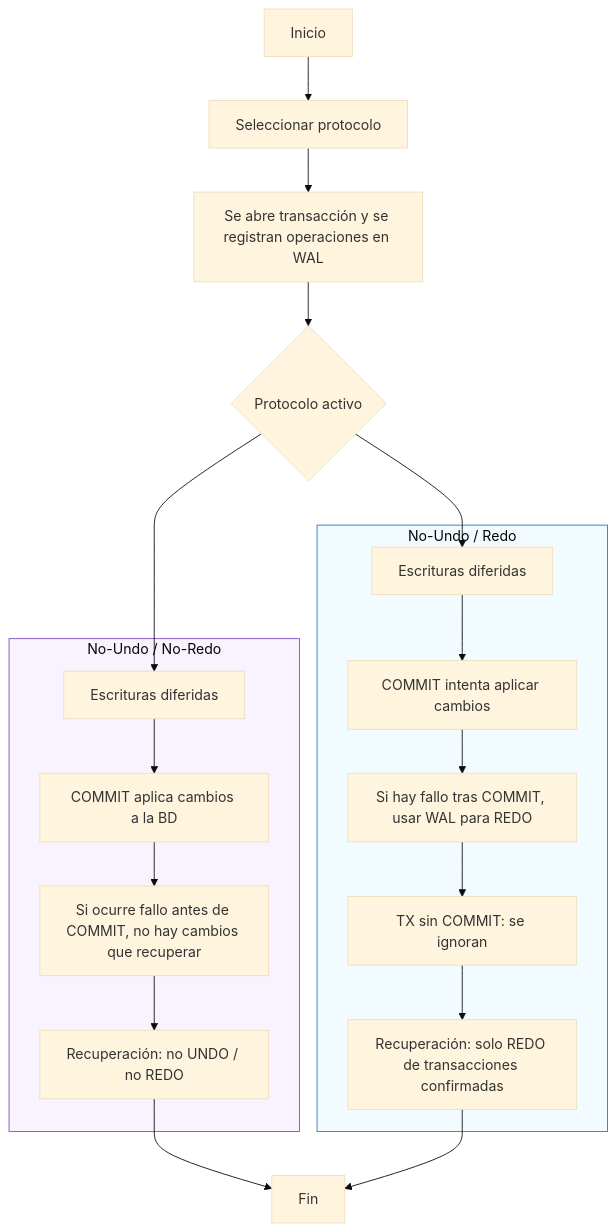
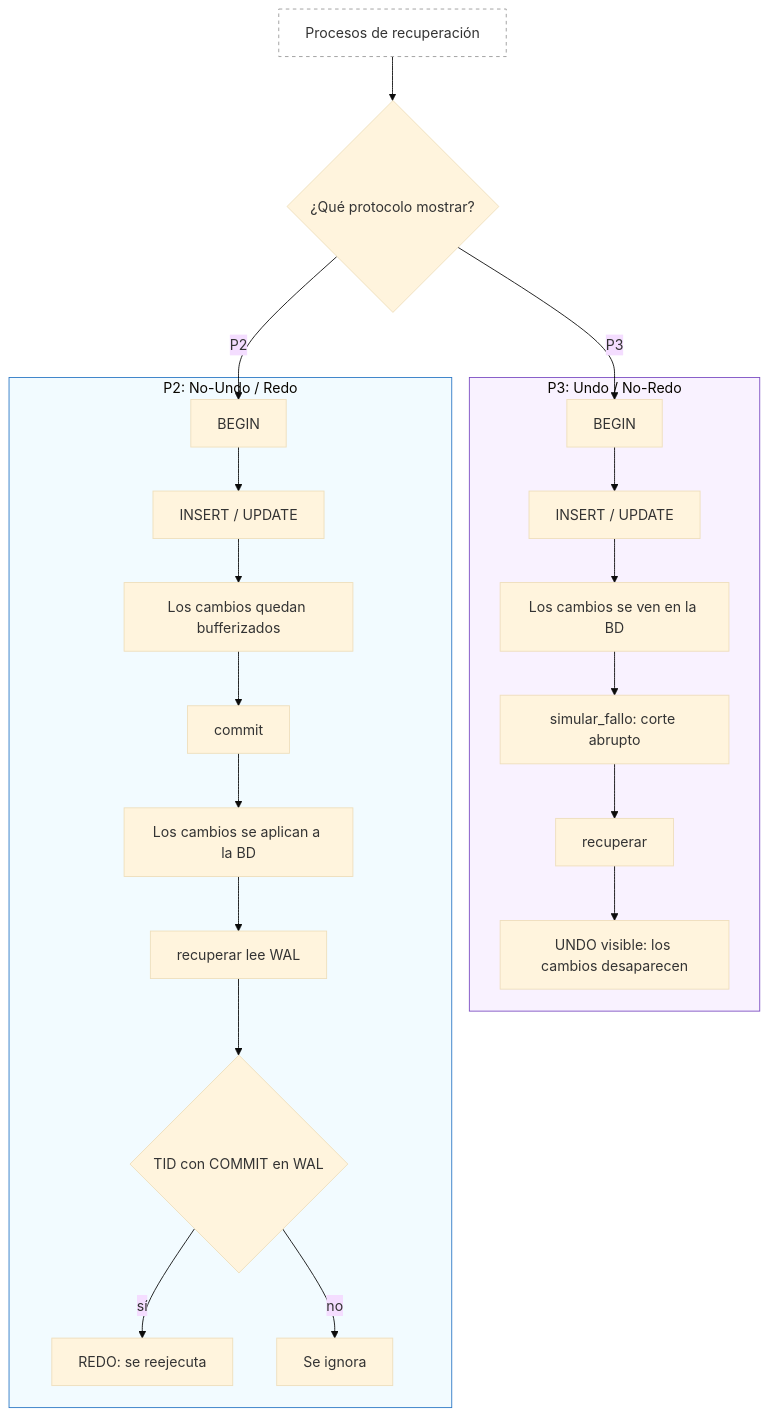
Before and after one commit to cyaos/ci0141_2026a_proyecto1: the diagram in docs/diagrams/recovery_flow_protocols.mmd, drawn with Mermaid (base theme). The commit also changed 5 other files, not shown here.

Commit message:
Update diagrams

```diff
--- a/docs/diagrams/recovery_flow_protocols.mmd
+++ b/docs/diagrams/recovery_flow_protocols.mmd
@@ -1,27 +1,29 @@
-%% Diagrama de flujo del proceso de recuperación para cada protocolo
 flowchart TD
-    A[Inicio] --> B[Seleccionar protocolo]
-    B --> C[Se abre transacción y se registran operaciones en WAL]
-    C --> D{Protocolo activo}
 
-    D --> N1
-    D --> R1
+    T["Procesos de recuperación"] --> D{¿Qué protocolo mostrar?}
 
-    subgraph NUNDONREDO[No-Undo / No-Redo]
-        N1[Escrituras diferidas] --> N2[COMMIT aplica cambios a la BD]
-        N2 --> N3[Si ocurre fallo antes de COMMIT, no hay cambios que recuperar]
-        N3 --> N4[Recuperación: no UNDO / no REDO]
+    subgraph P3["P3: Undo / No-Redo"]
+        P3A[BEGIN] --> P3B[INSERT / UPDATE]
+        P3B --> P3C[Los cambios se ven en la BD]
+        P3C --> P3D[simular_fallo: corte abrupto]
+        P3D --> P3E[recuperar]
+        P3E --> P3F[UNDO visible: los cambios desaparecen]
     end
 
-    subgraph NUNDORREDO[No-Undo / Redo]
-        R1[Escrituras diferidas] --> R2[COMMIT intenta aplicar cambios]
-        R2 --> R3[Si hay fallo tras COMMIT, usar WAL para REDO]
-        R3 --> R4[TX sin COMMIT: se ignoran]
-        R4 --> R5[Recuperación: solo REDO de transacciones confirmadas]
+    subgraph P2["P2: No-Undo / Redo"]
+        P2A[BEGIN] --> P2B[INSERT / UPDATE]
+        P2B --> P2C[Los cambios quedan bufferizados]
+        P2C --> P2D[commit]
+        P2D --> P2E[Los cambios se aplican a la BD]
+        P2E --> P2F[recuperar lee WAL]
+        P2F --> P2G{TID con COMMIT en WAL}
+        P2G -->|sí| P2H[REDO: se reejecuta]
+        P2G -->|no| P2I[Se ignora]
     end
 
-    N4 --> Z[Fin]
-    R5 --> Z
+    D -->|P3| P3A
+    D -->|P2| P2A
 
-    style NUNDONREDO fill:#f9f2ff,stroke:#7a4cc2,stroke-width:1px
-    style NUNDORREDO fill:#f2fbff,stroke:#2b78c5,stroke-width:1px
+    style P3 fill:#f9f2ff,stroke:#7a4cc2,stroke-width:1px
+    style P2 fill:#f2fbff,stroke:#2b78c5,stroke-width:1px
+    style T fill:#ffffff,stroke:#999999,stroke-dasharray: 4 4
```
